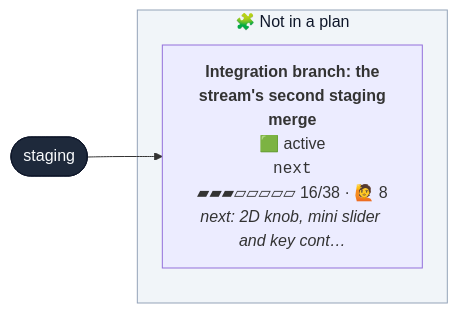
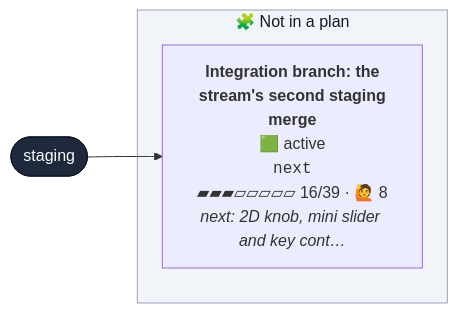
The first of 2 diagrams in CONTRIBUTING.md (henryjonescodes/portfolio), drawn with Mermaid before and after one commit. The commit also changed other lines of this file, not shown here.

````diff
--- a/CONTRIBUTING.md
+++ b/CONTRIBUTING.md
@@ -16,18 +16,18 @@
 ```mermaid
 flowchart LR
   n_staging([staging])
   class n_staging trunk
   subgraph loose["🧩 Not in a plan"]
-    n_next["<b>Integration branch: the<br/>stream's second staging<br/>merge</b><br/>🟩 active<br/><code>next</code><br/>▰▰▰▱▱▱▱▱ 16/38 · 🙋 8<br/><i>next: 2D knob, mini slider and key cont…</i>"]
+    n_next["<b>Integration branch: the<br/>stream's second staging<br/>merge</b><br/>🟩 active<br/><code>next</code><br/>▰▰▰▱▱▱▱▱ 16/39 · 🙋 8<br/><i>next: 2D knob, mini slider and key cont…</i>"]
     class n_next active,current
   end
   style loose fill:#f1f5f9,stroke:#94a3b8,color:#0f172a
   n_staging --> n_next
   classDef planned fill:#c7d2fe,stroke:#4f46e5,color:#1e1b4b
   classDef sketched fill:#f8fafc,stroke:#64748b,stroke-dasharray:4 3,color:#334155
   classDef active fill:#bbf7d0,stroke:#16a34a,stroke-width:3px,color:#052e16
   classDef review fill:#fde68a,stroke:#d97706,stroke-width:3px,color:#451a03
   classDef blocked fill:#fecaca,stroke:#dc2626,stroke-width:3px,color:#450a0a
   classDef trunk fill:#1e293b,stroke:#0f172a,color:#f8fafc
   classDef current stroke:#0ea5e9,stroke-width:5px
 ```
````
